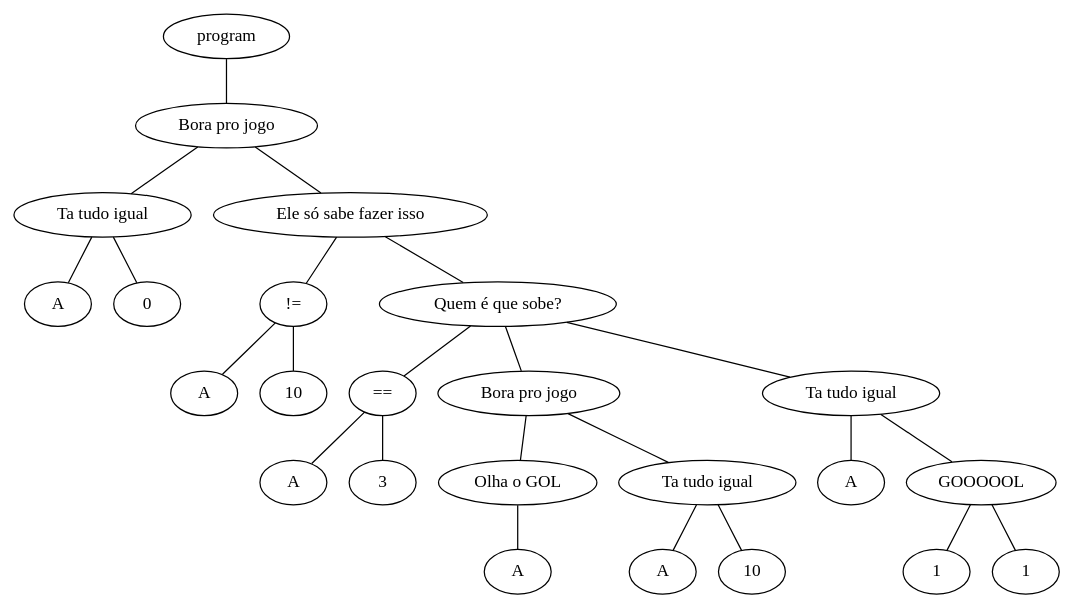
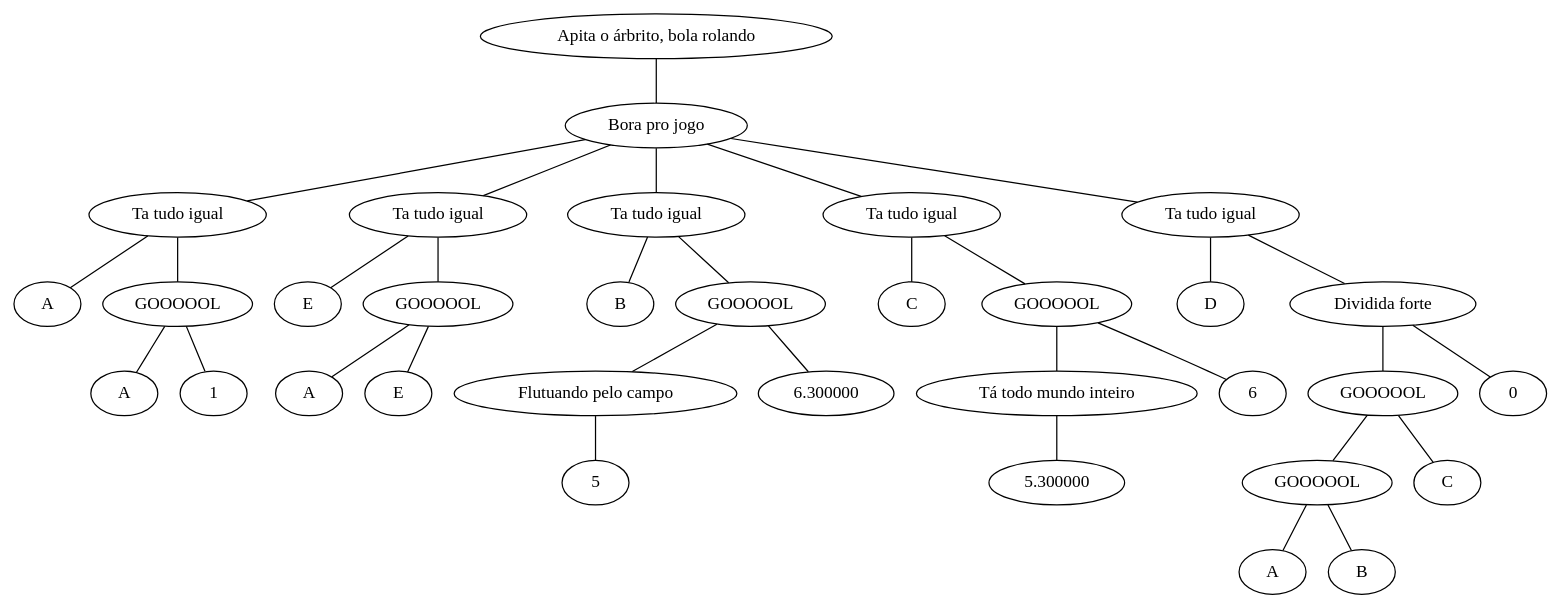
Before and after one commit to Leonardo1310/cmp2022: the diagram in output.dot, drawn with Graphviz. The commit also changed 11 other files, not shown here.

```diff
--- a/output.dot
+++ b/output.dot
@@ -1,49 +1,67 @@
 graph {
-N25[label="program"];
-N3[label="Bora pro jogo"];
-N1[label="Ta tudo igual"];
-N2[label="A"];
-N1 -- N2;
-N0[label="0"];
-N1 -- N0;
-N3 -- N1;
-N24[label="Ele só sabe fazer isso"];
-N6[label="!="];
+N32[label="Apita o árbrito, bola rolando"];
+N5[label="Bora pro jogo"];
+N3[label="Ta tudo igual"];
 N4[label="A"];
-N6 -- N4;
-N5[label="10"];
-N6 -- N5;
-N24 -- N6;
-N22[label="Quem é que sobe?"];
-N9[label="=="];
-N7[label="A"];
-N9 -- N7;
-N8[label="3"];
+N3 -- N4;
+N2[label="GOOOOOL"];
+N0[label="A"];
+N2 -- N0;
+N1[label="1"];
+N2 -- N1;
+N3 -- N2;
+N5 -- N3;
+N9[label="Ta tudo igual"];
+N10[label="E"];
+N9 -- N10;
+N8[label="GOOOOOL"];
+N6[label="A"];
+N8 -- N6;
+N7[label="E"];
+N8 -- N7;
 N9 -- N8;
-N22 -- N9;
-N12[label="Bora pro jogo"];
-N11[label="Olha o GOL"];
-N10[label="A"];
-N11 -- N10;
-N12 -- N11;
-N14[label="Ta tudo igual"];
-N15[label="A"];
-N14 -- N15;
-N13[label="10"];
-N14 -- N13;
-N12 -- N14;
-N22 -- N12;
-N19[label="Ta tudo igual"];
-N20[label="A"];
+N5 -- N9;
+N15[label="Ta tudo igual"];
+N16[label="B"];
+N15 -- N16;
+N13[label="GOOOOOL"];
+N14[label="Flutuando pelo campo"];
+N11[label="5"];
+N14 -- N11;
+N13 -- N14;
+N12[label="6.300000"];
+N13 -- N12;
+N15 -- N13;
+N5 -- N15;
+N21[label="Ta tudo igual"];
+N22[label="C"];
+N21 -- N22;
+N19[label="GOOOOOL"];
+N20[label="Tá todo mundo inteiro"];
+N17[label="5.300000"];
+N20 -- N17;
 N19 -- N20;
-N18[label="GOOOOOL"];
-N16[label="1"];
-N18 -- N16;
-N17[label="1"];
-N18 -- N17;
+N18[label="6"];
 N19 -- N18;
-N22 -- N19;
-N24 -- N22;
-N3 -- N24;
-N25 -- N3;
+N21 -- N19;
+N5 -- N21;
+N30[label="Ta tudo igual"];
+N31[label="D"];
+N30 -- N31;
+N29[label="Dividida forte"];
+N27[label="GOOOOOL"];
+N25[label="GOOOOOL"];
+N23[label="A"];
+N25 -- N23;
+N24[label="B"];
+N25 -- N24;
+N27 -- N25;
+N26[label="C"];
+N27 -- N26;
+N29 -- N27;
+N28[label="0"];
+N29 -- N28;
+N30 -- N29;
+N5 -- N30;
+N32 -- N5;
 }
```
